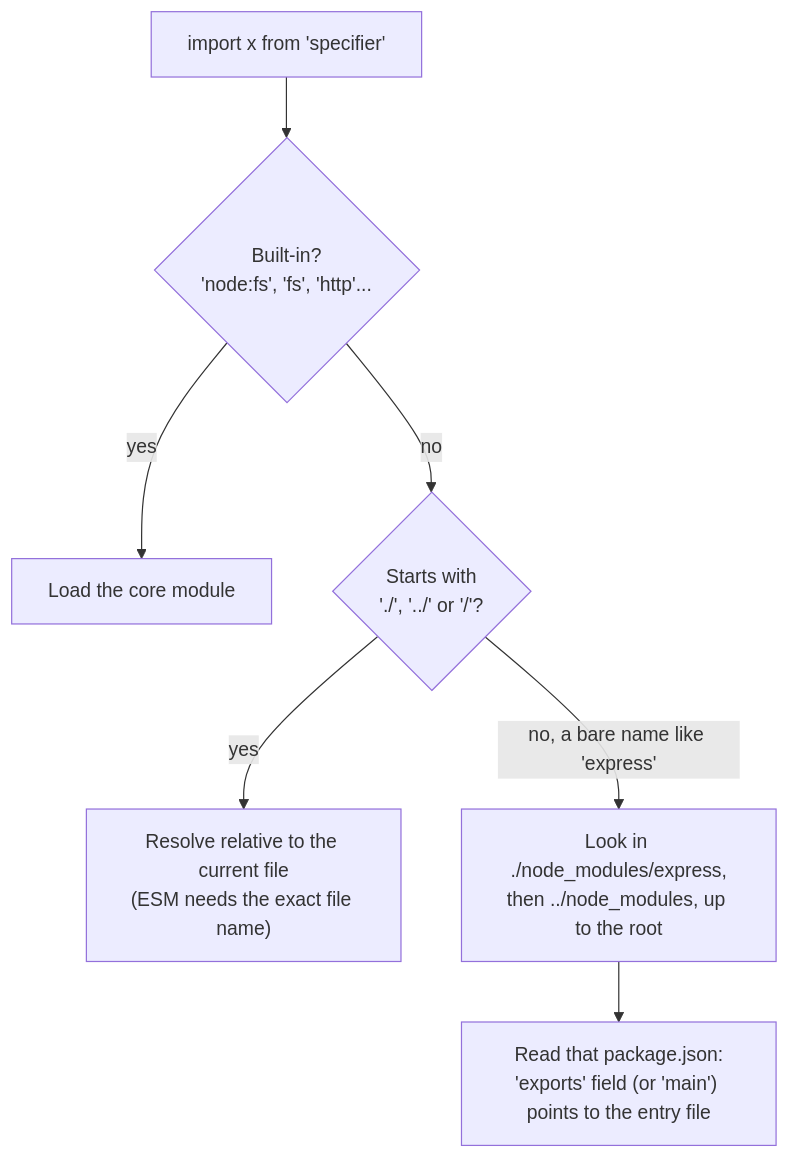
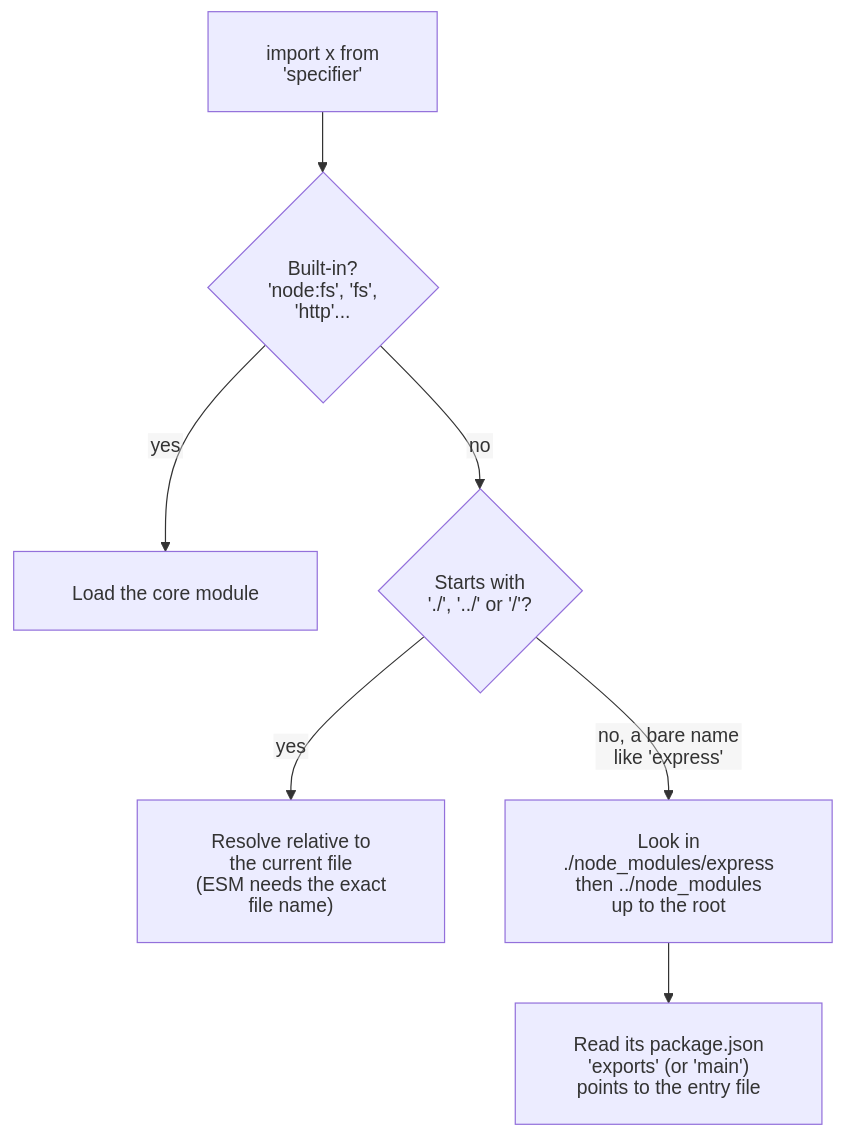
Diagram 11 of 26 in README.md (renatolinsdigital/nodejs-quickstart), drawn with Mermaid before and after one commit. The commit also changed other lines of this file, not shown here.

First line of the commit message:
renames guide to Understanding Node.js Well and fixes clipped diagram labels

````diff
--- a/README.md
+++ b/README.md
@@ -949,9 +957,10 @@
 ```mermaid
+%%{init: {"htmlLabels": false, "flowchart": {"htmlLabels": false, "wrappingWidth": 400, "padding": 24}}}%%
 flowchart TD
-    REQ["import x from 'specifier'"] --> CORE{"Built-in?<br/>'node:fs', 'fs', 'http'..."}
+    REQ["import x from<br/>'specifier'"] --> CORE{"Built-in?<br/>'node:fs', 'fs',<br/>'http'..."}
     CORE -- "yes" --> LOADCORE["Load the core module"]
     CORE -- "no" --> REL{"Starts with<br/>'./', '../' or '/'?"}
-    REL -- "yes" --> FILE["Resolve relative to the current file<br/>(ESM needs the exact file name)"]
-    REL -- "no, a bare name like 'express'" --> NM["Look in ./node_modules/express,<br/>then ../node_modules, up to the root"]
-    NM --> EXPORTS["Read that package.json:<br/>'exports' field (or 'main') points to the entry file"]
+    REL -- "yes" --> FILE["Resolve relative to<br/>the current file<br/>(ESM needs the exact<br/>file name)"]
+    REL -- "no, a bare name<br/>like 'express'" --> NM["Look in<br/>./node_modules/express<br/>then ../node_modules<br/>up to the root"]
+    NM --> EXPORTS["Read its package.json<br/>'exports' (or 'main')<br/>points to the entry file"]
 ```
````
